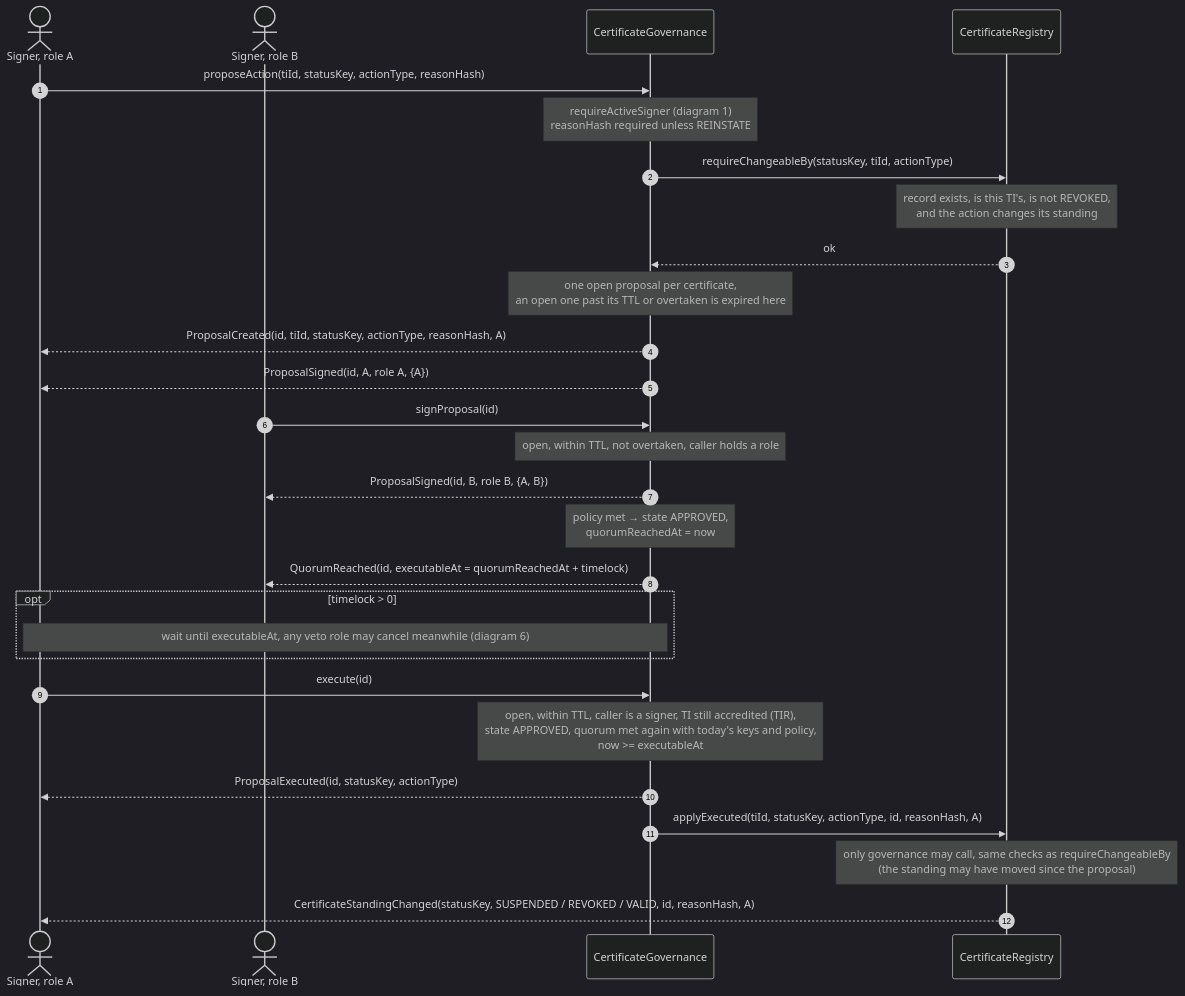
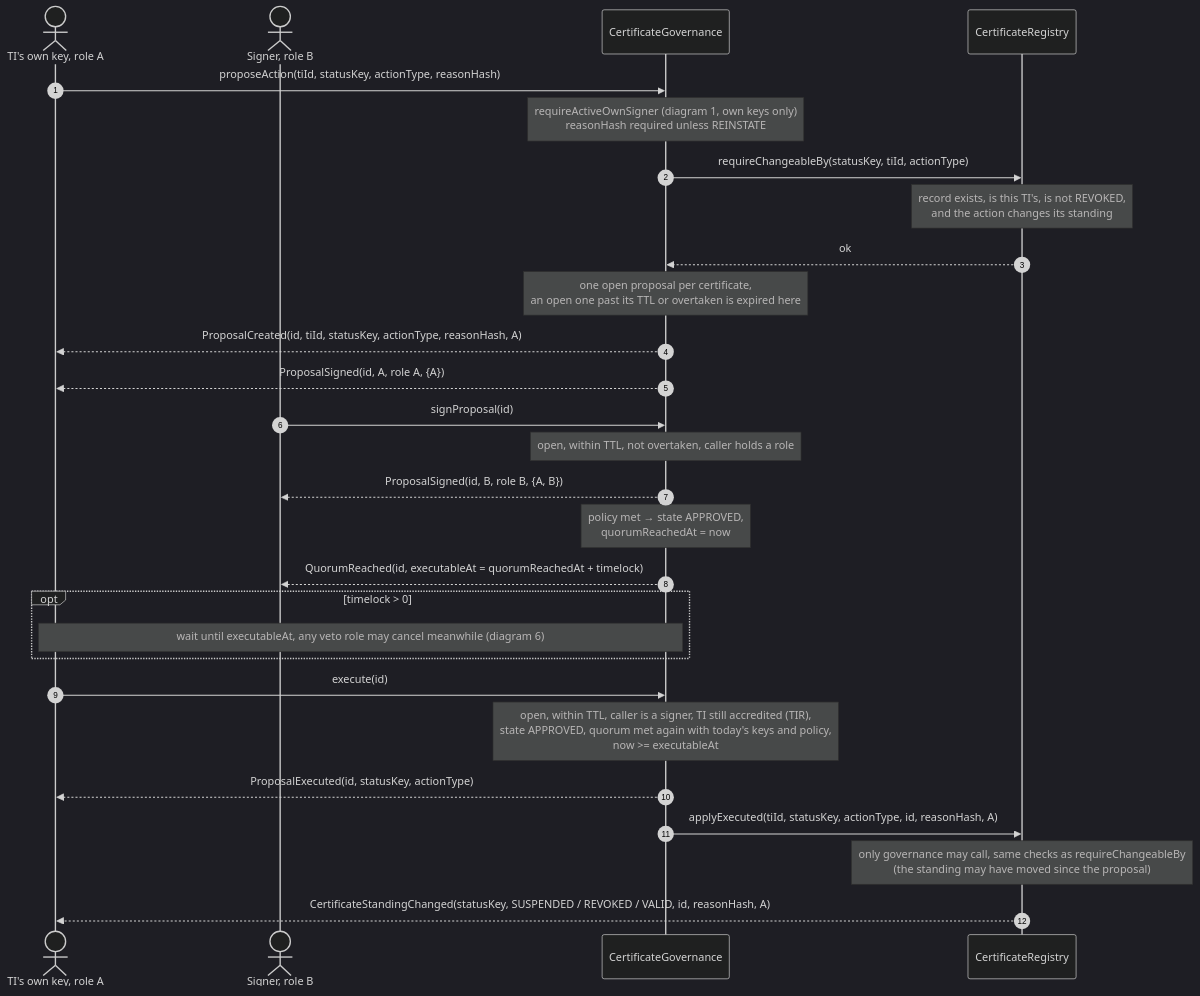
The fifth of 9 diagrams in contracts/docs/sequence-diagrams.md (fiit-ba/ebsi-licences-for-cybersecurity-managers), drawn with Mermaid (dark theme) before and after one commit. The commit also changed other lines of this file and 23 other files, not shown here.

Commit message:
fix: Let only a TI's own keys propose, register and suspend at once

````diff
--- a/contracts/docs/sequence-diagrams.md
+++ b/contracts/docs/sequence-diagrams.md
@@ -180,34 +187,34 @@
 ```mermaid
 sequenceDiagram
     autonumber
-    actor A as Signer, role A
+    actor A as TI's own key, role A
     actor B as Signer, role B
     participant G as CertificateGovernance
     participant R as CertificateRegistry
 
     A->>G: proposeAction(tiId, statusKey, actionType, reasonHash)
-    Note over G: requireActiveSigner (diagram 1)<br/>reasonHash required unless REINSTATE
+    Note over G: requireActiveOwnSigner (diagram 1, own keys only)<br/>reasonHash required unless REINSTATE
     G->>R: requireChangeableBy(statusKey, tiId, actionType)
     Note over R: record exists, is this TI's, is not REVOKED,<br/>and the action changes its standing
     R-->>G: ok
     Note over G: one open proposal per certificate,<br/>an open one past its TTL or overtaken is expired here
     G-->>A: ProposalCreated(id, tiId, statusKey, actionType, reasonHash, A)
     G-->>A: ProposalSigned(id, A, role A, {A})
 
     B->>G: signProposal(id)
     Note over G: open, within TTL, not overtaken, caller holds a role
     G-->>B: ProposalSigned(id, B, role B, {A, B})
     Note over G: policy met → state APPROVED,<br/>quorumReachedAt = now
     G-->>B: QuorumReached(id, executableAt = quorumReachedAt + timelock)
 
     opt timelock > 0
         Note over A,G: wait until executableAt, any veto role may cancel meanwhile (diagram 6)
     end
 
     A->>G: execute(id)
     Note over G: open, within TTL, caller is a signer, TI still accredited (TIR),<br/>state APPROVED, quorum met again with today's keys and policy,<br/>now >= executableAt
     G-->>A: ProposalExecuted(id, statusKey, actionType)
     G->>R: applyExecuted(tiId, statusKey, actionType, id, reasonHash, A)
     Note over R: only governance may call, same checks as requireChangeableBy<br/>(the standing may have moved since the proposal)
     R-->>A: CertificateStandingChanged(statusKey, SUSPENDED / REVOKED / VALID, id, reasonHash, A)
 ```
````
